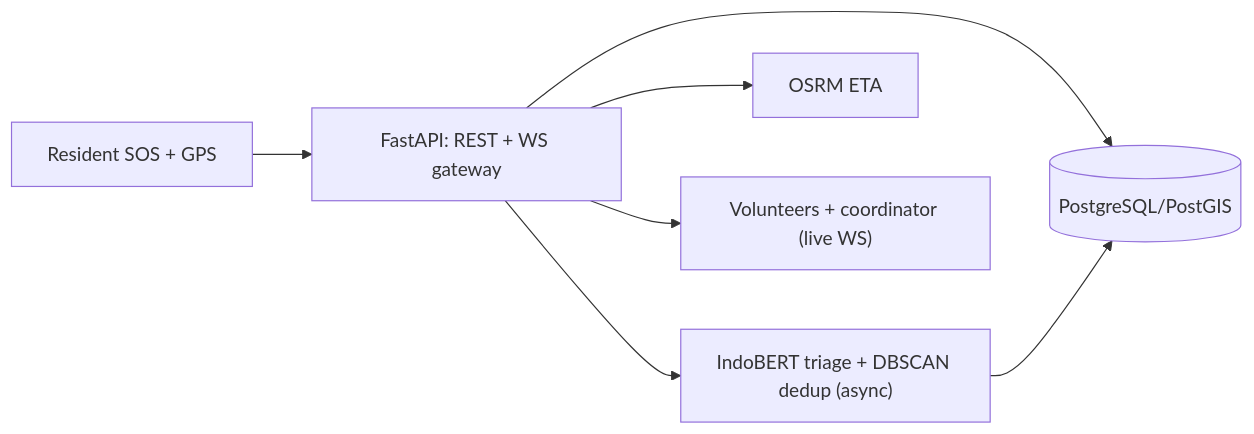
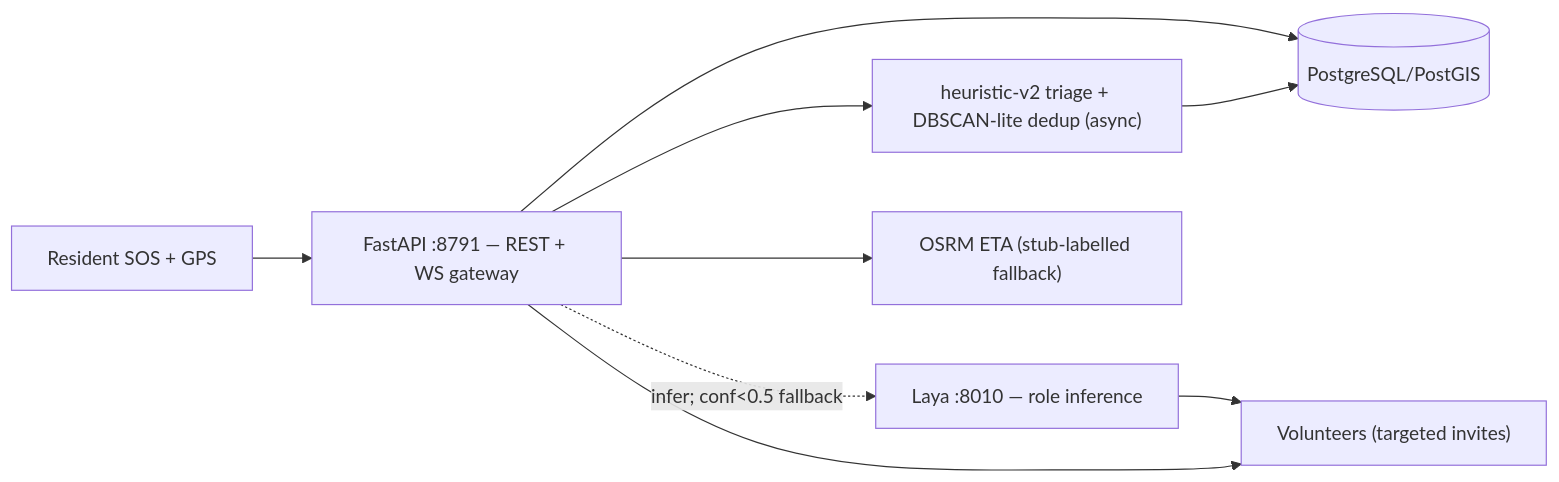
Before and after one commit to JoshRiang/commencys: the diagram in README.md, drawn with Mermaid. The commit also changed other lines of this file and 2 other files, not shown here.

First line of the commit message:
docs: align db-schema + README with v1.2.0+dispatch code reality, fix pages URL typo

````diff
--- a/README.md
+++ b/README.md
@@ -112,9 +151,11 @@
 ```mermaid
 flowchart LR
-    W["Resident SOS + GPS"] --> API["FastAPI: REST + WS gateway"]
+    W["Resident SOS + GPS"] --> API["FastAPI :8791 — REST + WS gateway"]
     API --> DB[("PostgreSQL/PostGIS")]
-    API --> AI["IndoBERT triage + DBSCAN dedup (async)"]
+    API --> AI["heuristic-v2 triage + DBSCAN-lite dedup (async)"]
     AI --> DB
-    API --> OSRM["OSRM ETA"]
-    API --> V["Volunteers + coordinator (live WS)"]
+    API -.->|"infer; conf<0.5 fallback"| LAYA["Laya :8010 — role inference"]
+    LAYA --> V["Volunteers (targeted invites)"]
+    API --> OSRM["OSRM ETA (stub-labelled fallback)"]
+    API --> V
 ```
````
